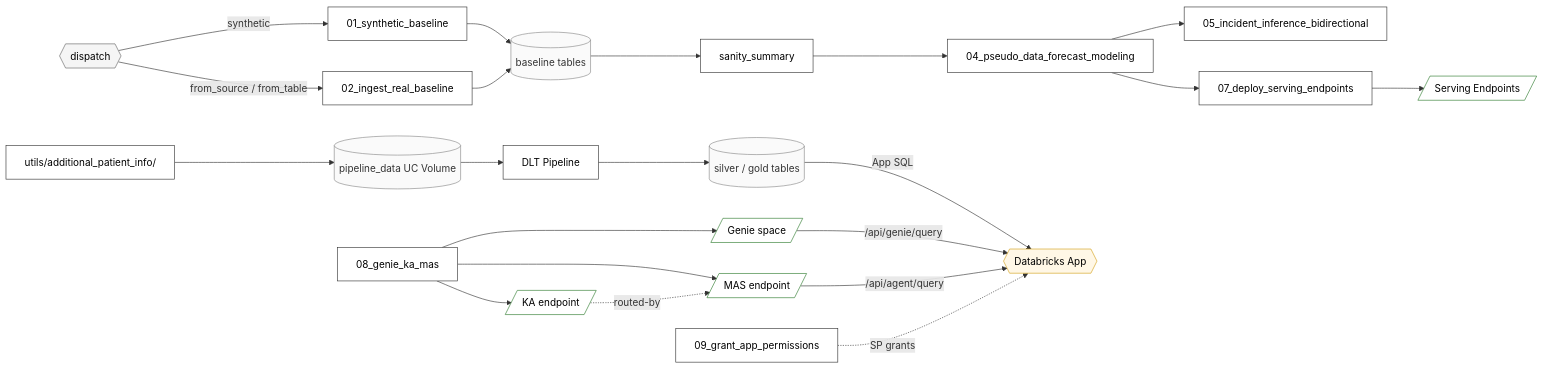
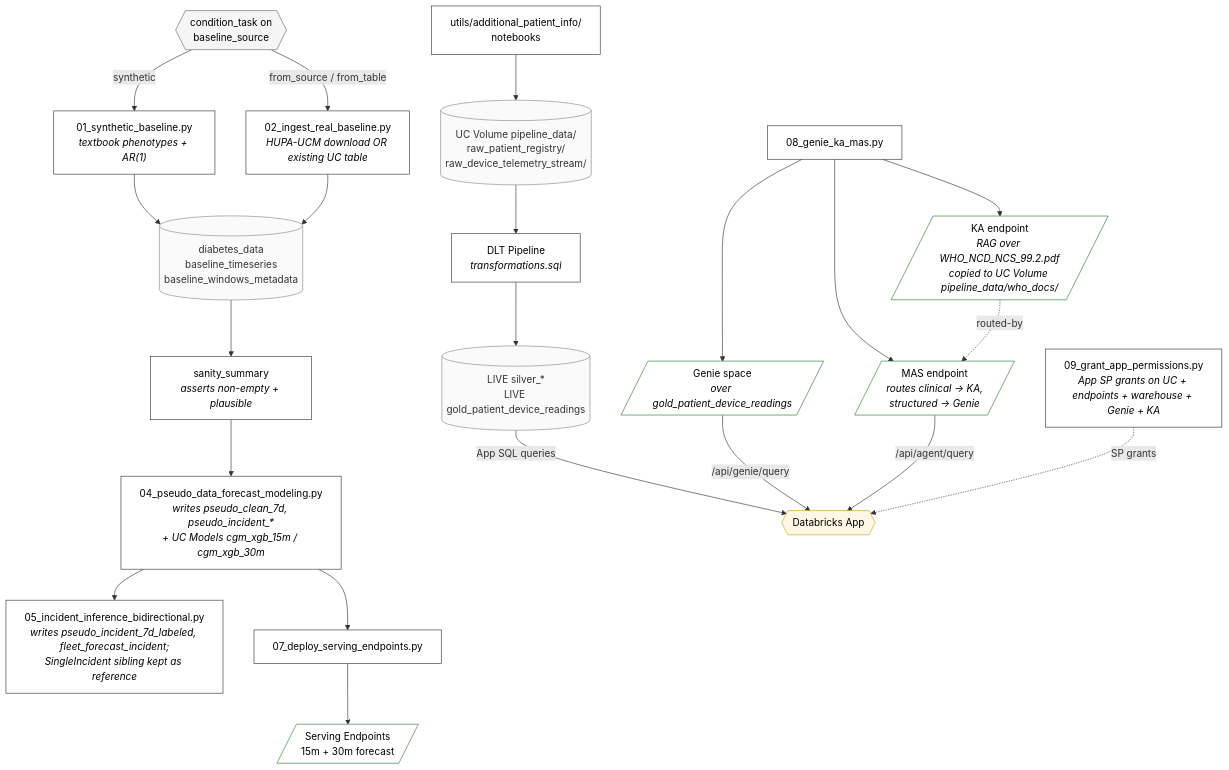
The second of 3 diagrams in DEPLOY.md (databricks-industry-solutions/glucosphere), drawn with Mermaid before and after one commit. The commit also changed other lines of this file, not shown here.

First line of the commit message:
docs(DEPLOY): revert Arch + Job DAG to verbose Mermaid; flip all 3 to TD

````diff
--- a/DEPLOY.md
+++ b/DEPLOY.md
@@ -64,44 +64,44 @@
 ```mermaid
-flowchart LR
+flowchart TD
     classDef nb fill:#fff,stroke:#333,stroke-width:1px,color:#000
     classDef branch fill:#f5f5f5,stroke:#666,stroke-width:1px,color:#000
     classDef data fill:#fafafa,stroke:#888,stroke-width:1px,color:#333
     classDef endpoint fill:#fff,stroke:#2d7a2d,stroke-width:1px,color:#000
     classDef app fill:#fff7e6,stroke:#d4a017,stroke-width:1px,color:#000
 
-    V{{dispatch}}:::branch
-    NB01[01_synthetic_baseline]:::nb
-    NB02[02_ingest_real_baseline]:::nb
-    T1[(baseline tables)]:::data
-    S[sanity_summary]:::nb
-    NB04[04_pseudo_data_forecast_modeling]:::nb
-    NB05[05_incident_inference_bidirectional]:::nb
-    NB07[07_deploy_serving_endpoints]:::nb
-    EP1[/Serving Endpoints/]:::endpoint
-    UTILS[utils/additional_patient_info/]:::nb
-    VOL[(pipeline_data UC Volume)]:::data
-    DLT[DLT Pipeline]:::nb
-    GOLD[(silver / gold tables)]:::data
-    NB08[08_genie_ka_mas]:::nb
-    GENIE[/Genie space/]:::endpoint
-    KA[/KA endpoint/]:::endpoint
-    MAS[/MAS endpoint/]:::endpoint
+    V{{condition_task on<br/>baseline_source}}:::branch
+    NB01["01_synthetic_baseline.py<br/><i>textbook phenotypes + AR(1)</i>"]:::nb
+    NB02[02_ingest_real_baseline.py<br/><i>HUPA-UCM download OR existing UC table</i>]:::nb
+    T1[(diabetes_data<br/>baseline_timeseries<br/>baseline_windows_metadata)]:::data
+    S[sanity_summary<br/><i>asserts non-empty + plausible</i>]:::nb
+    NB04[04_pseudo_data_forecast_modeling.py<br/><i>writes pseudo_clean_7d, pseudo_incident_*<br/>+ UC Models cgm_xgb_15m / cgm_xgb_30m</i>]:::nb
+    NB05[05_incident_inference_bidirectional.py<br/><i>writes pseudo_incident_7d_labeled, fleet_forecast_incident;<br/>SingleIncident sibling kept as reference</i>]:::nb
+    NB07[07_deploy_serving_endpoints.py]:::nb
+    EP1[/Serving Endpoints<br/>15m + 30m forecast/]:::endpoint
+    UTILS[utils/additional_patient_info/<br/>notebooks]:::nb
+    VOL[(UC Volume pipeline_data/<br/>raw_patient_registry/<br/>raw_device_telemetry_stream/)]:::data
+    DLT[DLT Pipeline<br/><i>transformations.sql</i>]:::nb
+    GOLD[(LIVE silver_*<br/>LIVE gold_patient_device_readings)]:::data
+    NB08[08_genie_ka_mas.py]:::nb
+    GENIE[/Genie space<br/><i>over gold_patient_device_readings</i>/]:::endpoint
+    KA[/KA endpoint<br/><i>RAG over WHO_NCD_NCS_99.2.pdf<br/>copied to UC Volume pipeline_data/who_docs/</i>/]:::endpoint
+    MAS[/MAS endpoint<br/><i>routes clinical → KA,<br/>structured → Genie</i>/]:::endpoint
     APP{{Databricks App}}:::app
-    NB09[09_grant_app_permissions]:::nb
+    NB09[09_grant_app_permissions.py<br/><i>App SP grants on UC + endpoints + warehouse + Genie + KA</i>]:::nb
 
     V -- synthetic --> NB01
     V -- "from_source / from_table" --> NB02
     NB01 --> T1
     NB02 --> T1
     T1 --> S --> NB04 --> NB05
     NB04 --> NB07 --> EP1
     UTILS --> VOL --> DLT --> GOLD
-    GOLD -- App SQL --> APP
+    GOLD -- App SQL queries --> APP
     NB08 --> GENIE
     NB08 --> KA
     NB08 --> MAS
     GENIE -- /api/genie/query --> APP
     MAS -- /api/agent/query --> APP
     KA -.routed-by.-> MAS
     NB09 -.SP grants.-> APP
 ```
````
